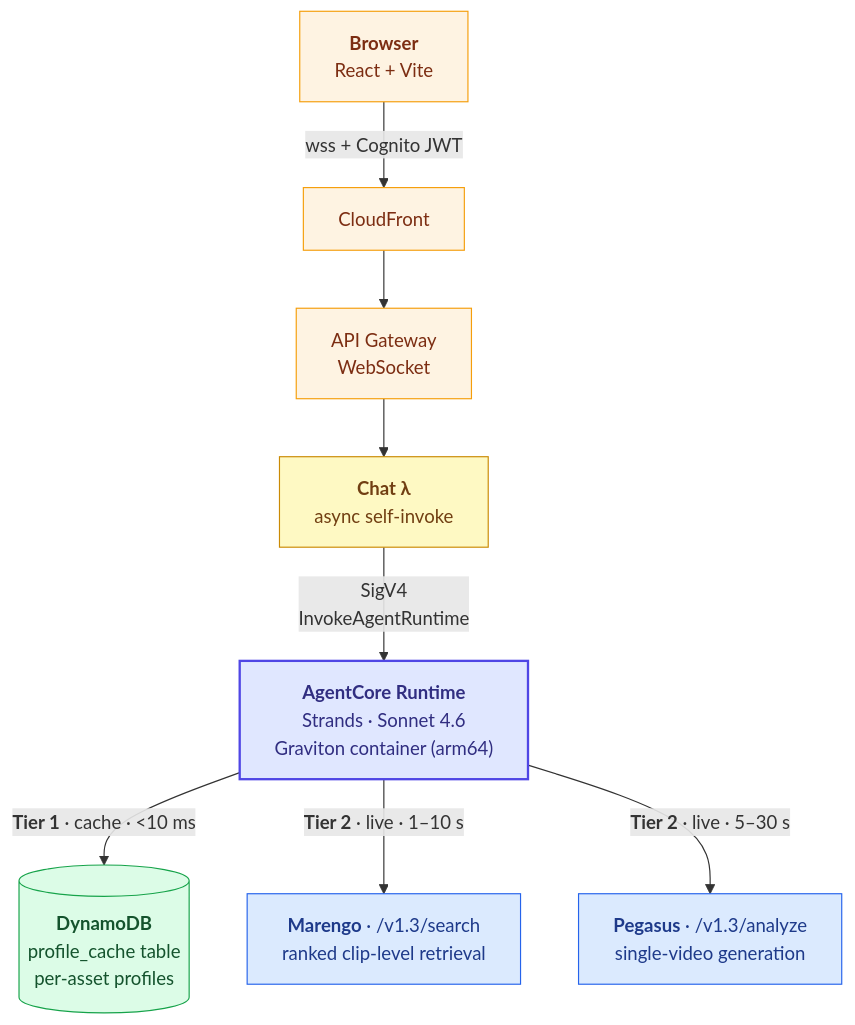
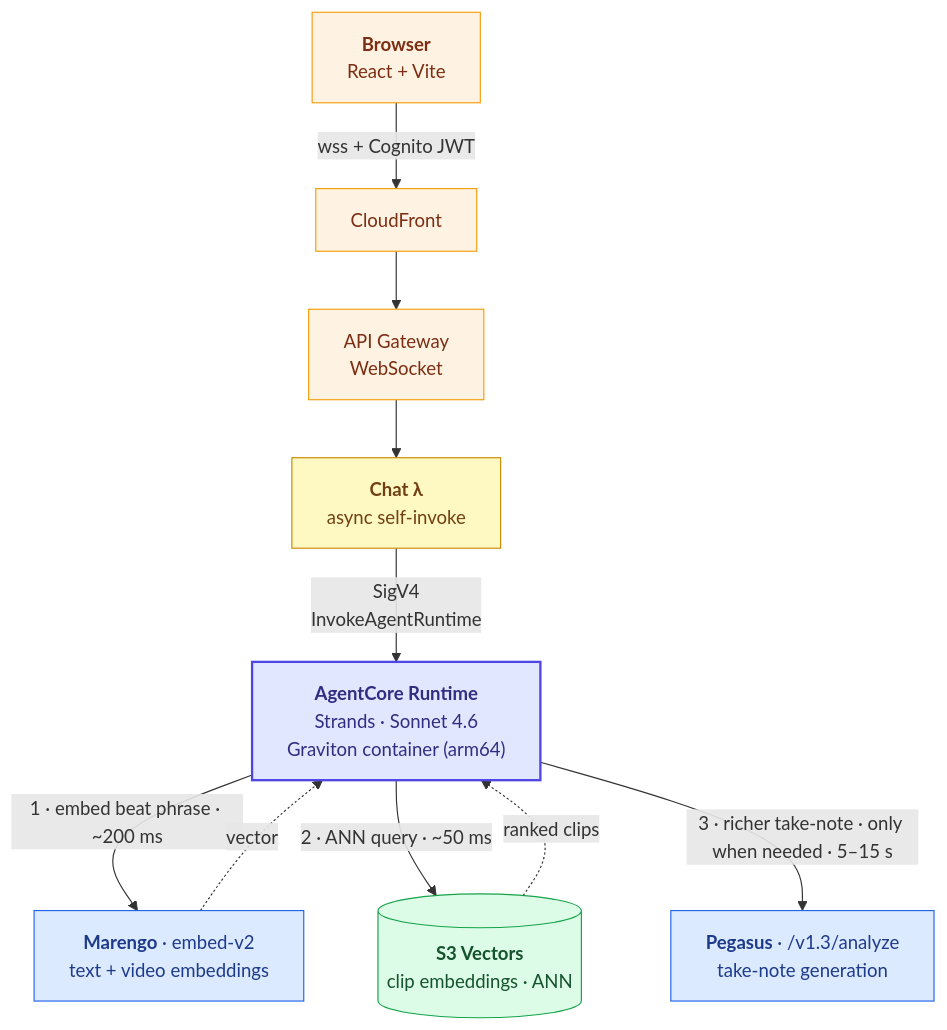
The first of 3 diagrams in docs/whitepaper.md (twelvelabs-io/tl-agentcore), drawn with Mermaid before and after one commit. The commit also changed other lines of this file and 1 other file, not shown here.

First line of the commit message:
Whitepaper: redesign around embedding-RAG over S3 Vectors

````diff
--- a/docs/whitepaper.md
+++ b/docs/whitepaper.md
@@ -51,31 +59,33 @@
 ```mermaid
 flowchart TD
     Browser["<b>Browser</b><br/>React + Vite"]
     CF["CloudFront"]
     WS["API Gateway<br/>WebSocket"]
     Chat["<b>Chat λ</b><br/>async self-invoke"]
     Runtime["<b>AgentCore Runtime</b><br/>Strands · Sonnet 4.6<br/>Graviton container (arm64)"]
-    Cache[("<b>DynamoDB</b><br/>profile_cache table<br/>per-asset profiles")]
-    Marengo["<b>Marengo</b> · /v1.3/search<br/>ranked clip-level retrieval"]
-    Pegasus["<b>Pegasus</b> · /v1.3/analyze<br/>single-video generation"]
+    Vectors[("<b>S3 Vectors</b><br/>clip embeddings · ANN")]
+    Marengo["<b>Marengo</b> · embed-v2<br/>text + video embeddings"]
+    Pegasus["<b>Pegasus</b> · /v1.3/analyze<br/>take-note generation"]
 
     Browser -- "wss + Cognito JWT" --> CF
     CF --> WS
     WS --> Chat
     Chat -- "SigV4<br/>InvokeAgentRuntime" --> Runtime
-    Runtime -- "<b>Tier 1</b> · cache · &lt;10 ms" --> Cache
-    Runtime -- "<b>Tier 2</b> · live · 1–10 s" --> Marengo
-    Runtime -- "<b>Tier 2</b> · live · 5–30 s" --> Pegasus
+    Runtime -- "1 · embed beat phrase · ~200 ms" --> Marengo
+    Marengo -. "vector" .-> Runtime
+    Runtime -- "2 · ANN query · ~50 ms" --> Vectors
+    Vectors -. "ranked clips" .-> Runtime
+    Runtime -- "3 · richer take-note · only when needed · 5–15 s" --> Pegasus
 
     classDef edge    fill:#fef3e2,stroke:#f59e0b,stroke-width:1px,color:#7c2d12
     classDef compute fill:#fef9c3,stroke:#ca8a04,stroke-width:1px,color:#713f12
     classDef hero    fill:#e0e7ff,stroke:#4f46e5,stroke-width:2px,color:#312e81
-    classDef tier1   fill:#dcfce7,stroke:#16a34a,stroke-width:1px,color:#14532d
-    classDef tier2   fill:#dbeafe,stroke:#2563eb,stroke-width:1px,color:#1e3a8a
+    classDef store   fill:#dcfce7,stroke:#16a34a,stroke-width:1px,color:#14532d
+    classDef tl      fill:#dbeafe,stroke:#2563eb,stroke-width:1px,color:#1e3a8a
 
     class Browser,CF,WS edge
     class Chat compute
     class Runtime hero
-    class Cache tier1
-    class Marengo,Pegasus tier2
+    class Vectors store
+    class Marengo,Pegasus tl
 ```
````
